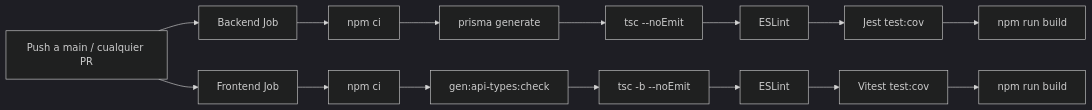
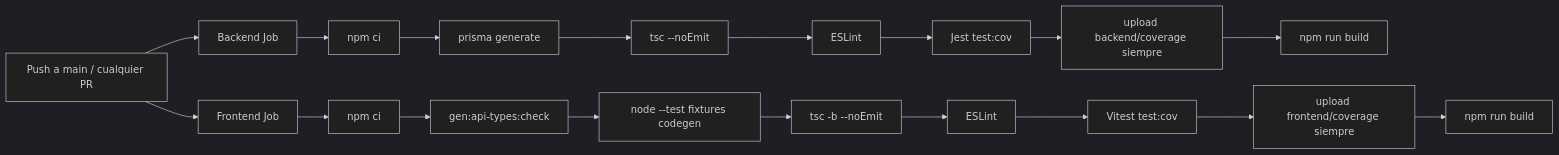
Before and after one commit to MiltonLn/zetas_list: the fifth of 5 diagrams in ARCHITECTURE.md, drawn with Mermaid (dark theme). The commit also changed other lines of this file and 72 other files, not shown here.

First line of the commit message:
fix: harden architecture refactor and restore CI

````diff
--- a/ARCHITECTURE.md
+++ b/ARCHITECTURE.md
@@ -303,19 +321,22 @@
 ```mermaid
 graph LR
   Push[Push a main / cualquier PR] --> Backend[Backend Job]
   Push --> Frontend[Frontend Job]
 
   Backend --> B_Install[npm ci]
   B_Install --> B_Prisma[prisma generate]
   B_Prisma --> B_Types[tsc --noEmit]
   B_Types --> B_Lint[ESLint]
   B_Lint --> B_Test[Jest test:cov]
-  B_Test --> B_Build[npm run build]
+  B_Test --> B_Artifact[upload backend/coverage siempre]
+  B_Artifact --> B_Build[npm run build]
 
   Frontend --> F_Install[npm ci]
   F_Install --> F_Gen[gen:api-types:check]
-  F_Gen --> F_Types[tsc -b --noEmit]
+  F_Gen --> F_CodegenTests[node --test fixtures codegen]
+  F_CodegenTests --> F_Types[tsc -b --noEmit]
   F_Types --> F_Lint[ESLint]
   F_Lint --> F_Test[Vitest test:cov]
-  F_Test --> F_Build[npm run build]
+  F_Test --> F_Artifact[upload frontend/coverage siempre]
+  F_Artifact --> F_Build[npm run build]
 ```
````
